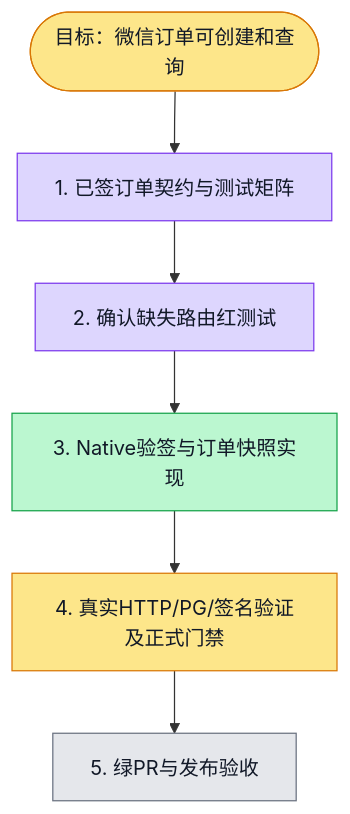
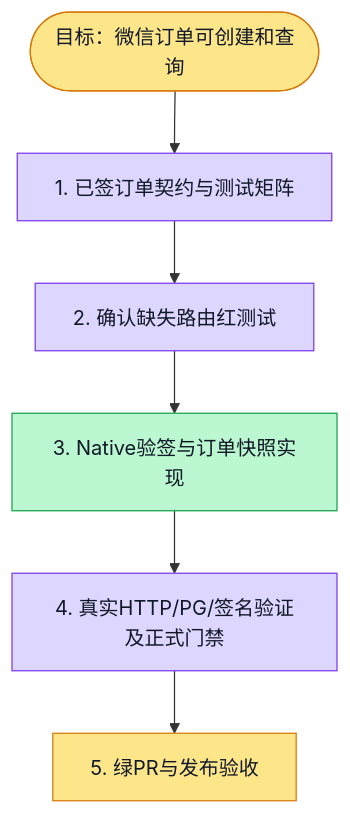
The diagram in phases/phase-21-billing-payment/sprints/sprint-04/plans/F04.plan.md (boardx/workspacex), drawn with Mermaid before and after one commit. The commit also changed 5 other files, not shown here.

Commit message:
test(billing): record passing F04 high-risk release verification

````diff
--- a/phases/phase-21-billing-payment/sprints/sprint-04/plans/F04.plan.md
+++ b/phases/phase-21-billing-payment/sprints/sprint-04/plans/F04.plan.md
@@ -17,27 +17,28 @@
 ```mermaid
 flowchart TD
   G([目标：微信订单可创建和查询])
   S1[1. 已签订单契约与测试矩阵]
   S2[2. 确认缺失路由红测试]
   S3[3. Native验签与订单快照实现]
   S4[4. 真实HTTP/PG/签名验证及正式门禁]
   S5[5. 绿PR与发布验收]
 
   G --> S1 --> S2 --> S3 --> S4 --> S5
 
   classDef todo fill:#e5e7eb,stroke:#6b7280,color:#111827
   classDef doing fill:#fde68a,stroke:#d97706,color:#111827
   classDef done fill:#bbf7d0,stroke:#16a34a,color:#111827
   classDef tested fill:#ddd6fe,stroke:#7c3aed,color:#111827
   classDef blocked fill:#fecaca,stroke:#dc2626,color:#111827
 
   class G doing
   class S1 tested
   %% evidence S1: 已签billing-credits束及既定verification；#5751记录下单缺口
   %% evidence S2: evidence/F04.red.log 17 behavioral failures on missing routes, fixture startup successful
   class S2 tested
   %% evidence S2: 17 behavioral assertions failed with absent routes, fixture ready: /tmp/wsx-F04-red.log
   class S3 done
-  class S4 doing
-  class S5 todo
+  %% evidence S4: evidence/F04.verify.log exit0 high_risk, source53ba99bd7, fingerprintadd1570881d8ec883cdd1ed63f55c3ebb391cb5983839d9b91c895c482ba1269
+  class S4 tested
+  class S5 doing
 ```
````
